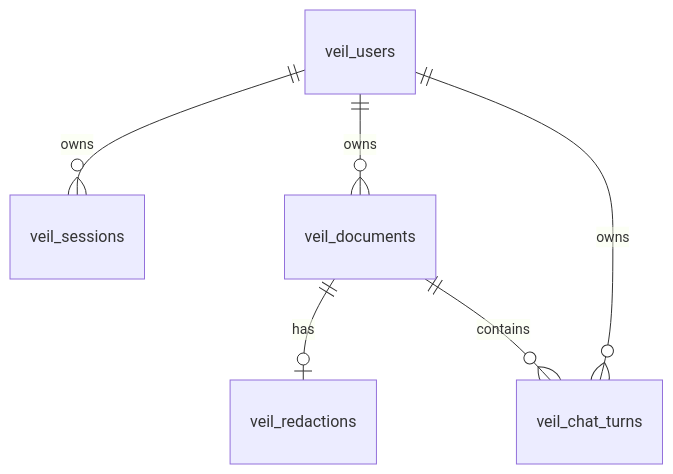
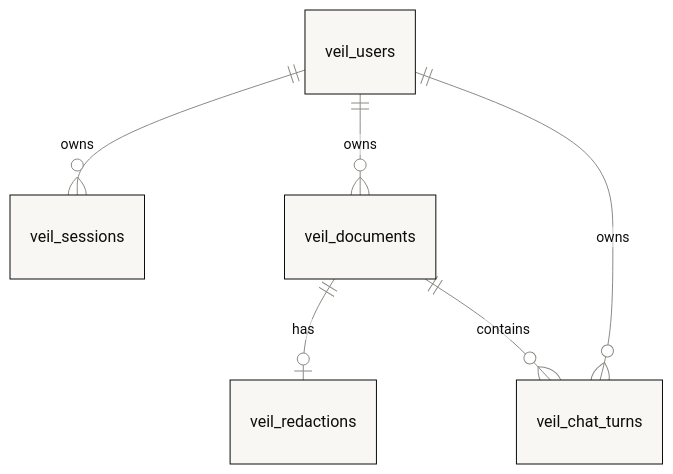
One commit to kolyamkl/night-shift changed the diagram in docs/DATABASE-CONTENTS.md. Above: the diagram before and after it, drawn with Mermaid. The commit also changed 9 other files, not shown here.

Commit message:
Docs: diagrams in the README's style, a backend layers picture

````diff
--- a/docs/DATABASE-CONTENTS.md
+++ b/docs/DATABASE-CONTENTS.md
@@ -27,8 +27,9 @@
 ```mermaid
+%%{init: {"theme": "base", "themeVariables": {"fontFamily": "ui-monospace, SFMono-Regular, Menlo, monospace", "primaryColor": "#f8f7f3", "primaryTextColor": "#0d0d0d", "primaryBorderColor": "#0d0d0d", "lineColor": "#8b8a85", "attributeBackgroundColorOdd": "#f8f7f3", "attributeBackgroundColorEven": "#ecebe5"}}}%%
 erDiagram
     veil_users ||--o{ veil_sessions : owns
     veil_users ||--o{ veil_documents : owns
     veil_documents ||--o| veil_redactions : has
     veil_documents ||--o{ veil_chat_turns : contains
     veil_users ||--o{ veil_chat_turns : owns
 ```
````
